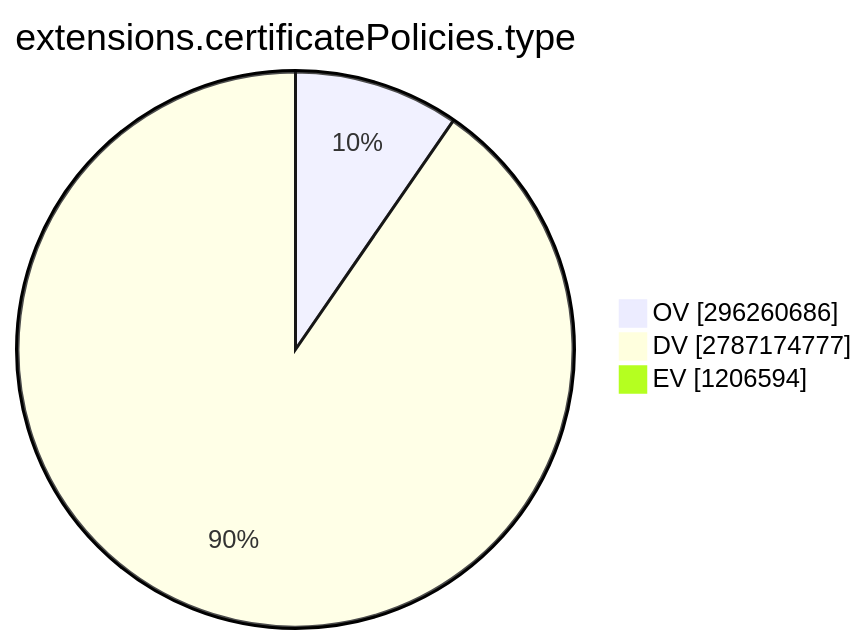
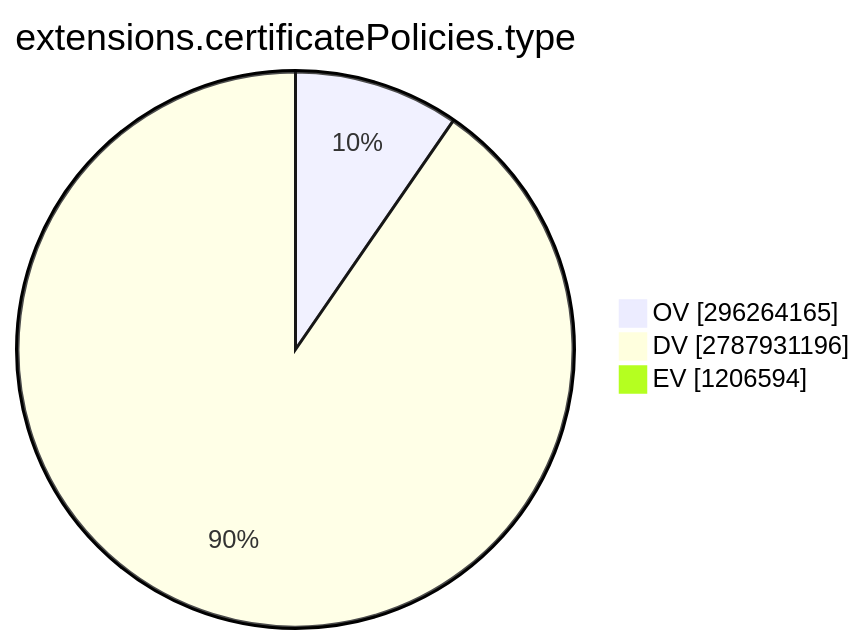
Before and after one commit to christiankrug/ctmonitor_visualization: the ninth of 15 diagrams in TOTAL/README.md, drawn with Mermaid. The commit also changed other lines of this file, not shown here.

````diff
--- a/TOTAL/README.md
+++ b/TOTAL/README.md
@@ -3099,7 +3099,7 @@
 ```mermaid
 pie showData
 title extensions.certificatePolicies.type
-"OV" :296260686
-"DV" :2787174777
+"OV" :296264165
+"DV" :2787931196
 "EV" :1206594
 ```
````
